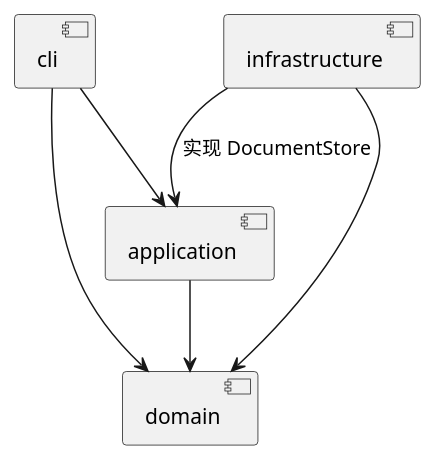
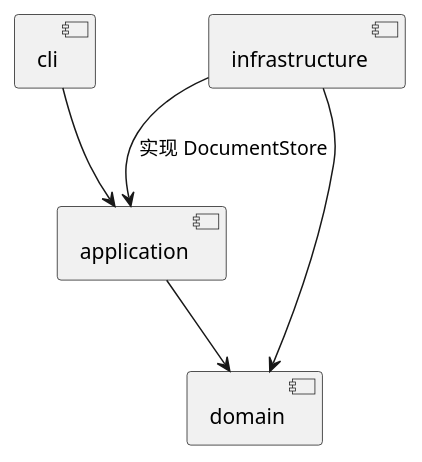
One commit to Resona-02/codex changed the diagram in doc/README.md. Above: the diagram before and after it, drawn with PlantUML. The commit also changed other lines of this file and 39 other files, not shown here.

````diff
--- a/doc/README.md
+++ b/doc/README.md
@@ -66,9 +64,8 @@
 ```plantuml
 @startuml
 [cli] --> [application]
-[cli] --> [domain]
 [application] --> [domain]
 [infrastructure] --> [application] : 实现 DocumentStore
 [infrastructure] --> [domain]
 @enduml
 ```
````
